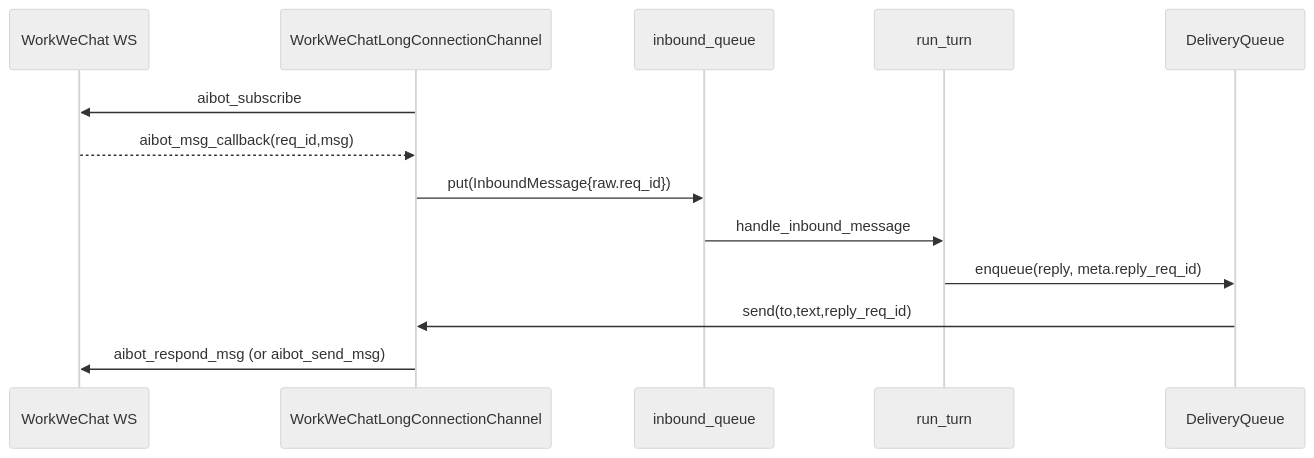
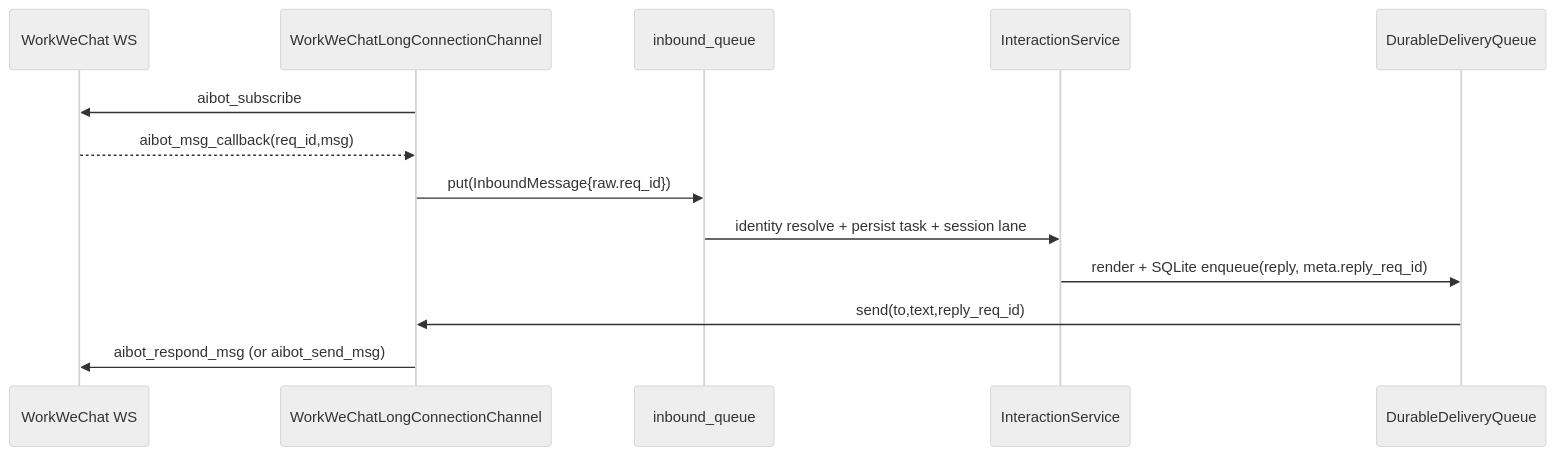
One commit to ChampLong29/tinyClaw changed the second of 2 diagrams in docs/wecom-channel-cli-skills-deep-dive.md. Above: the diagram before and after it, drawn with Mermaid (neutral theme). The commit also changed other lines of this file and 6 other files, not shown here.

````diff
--- a/docs/wecom-channel-cli-skills-deep-dive.md
+++ b/docs/wecom-channel-cli-skills-deep-dive.md
@@ -372,16 +384,16 @@
 ```mermaid
 sequenceDiagram
   participant WW as WorkWeChat WS
   participant LC as WorkWeChatLongConnectionChannel
   participant Q as inbound_queue
-  participant Agent as run_turn
-  participant DQ as DeliveryQueue
+  participant Task as InteractionService
+  participant DQ as DurableDeliveryQueue
 
   LC->>WW: aibot_subscribe
   WW-->>LC: aibot_msg_callback(req_id,msg)
   LC->>Q: put(InboundMessage{raw.req_id})
-  Q->>Agent: handle_inbound_message
-  Agent->>DQ: enqueue(reply, meta.reply_req_id)
+  Q->>Task: identity resolve + persist task + session lane
+  Task->>DQ: render + SQLite enqueue(reply, meta.reply_req_id)
   DQ->>LC: send(to,text,reply_req_id)
   LC->>WW: aibot_respond_msg (or aibot_send_msg)
 ```
````
